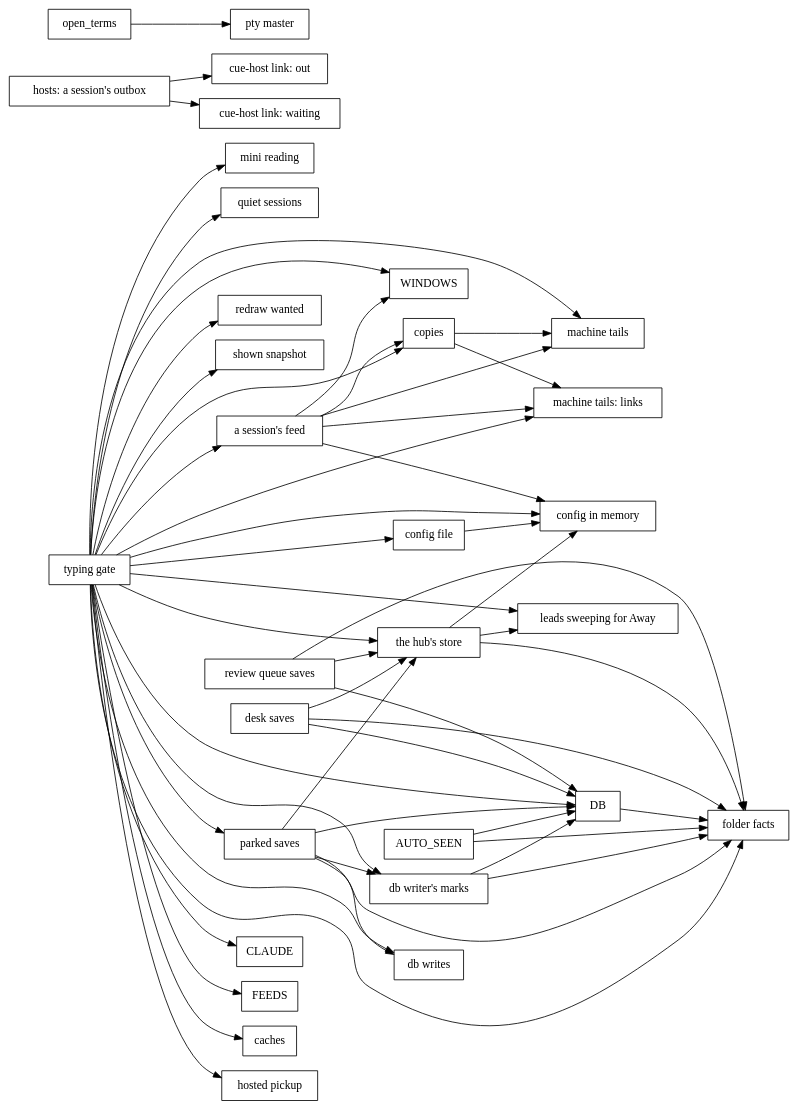
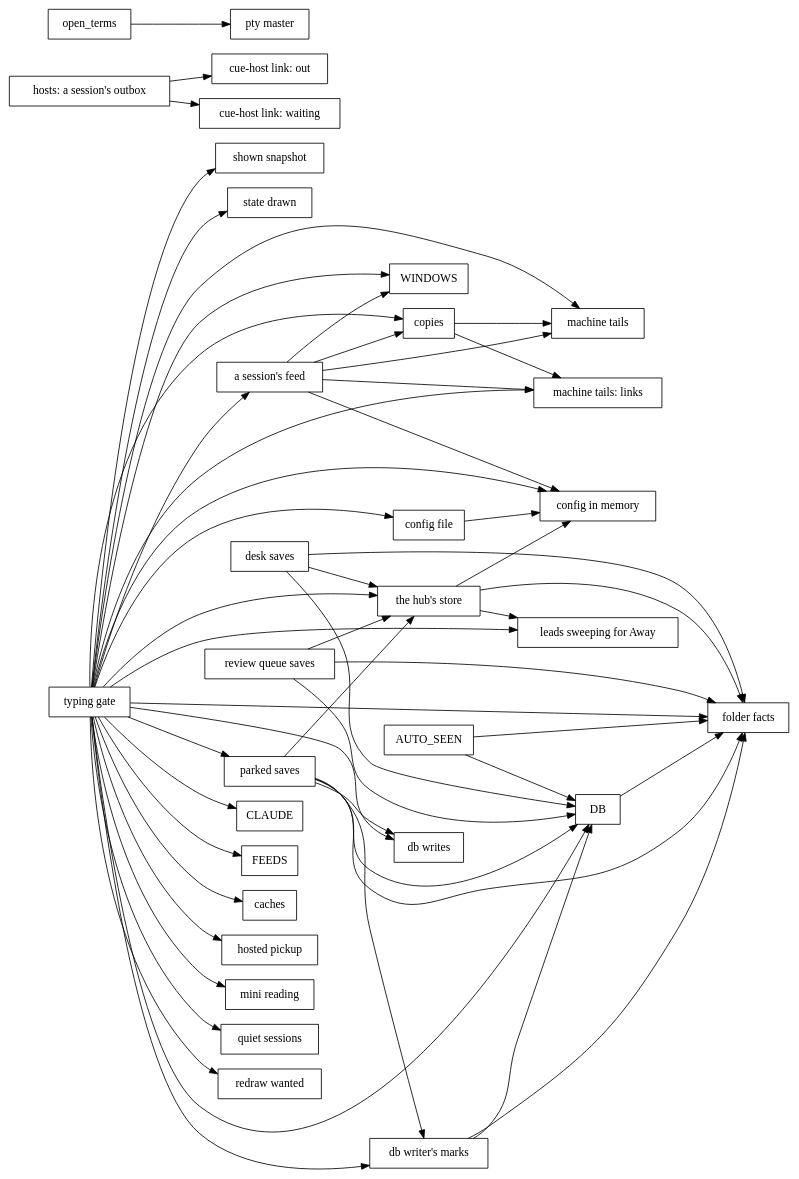
The diagram in docs/dev/lock-graph.dot (spacegrowth/cue), drawn with Graphviz before and after one commit. The commit also changed 13 other files, not shown here.

```diff
--- a/docs/dev/lock-graph.dot
+++ b/docs/dev/lock-graph.dot
@@ -1,57 +1,58 @@
 // Generated by `cargo run -p xtask -- inventory`; don't edit by hand.
 digraph locks {
   rankdir=LR;
   node [shape=box];
   "AUTO_SEEN" -> "DB";
   "AUTO_SEEN" -> "folder facts";
   "DB" -> "folder facts";
   "a session's feed" -> "WINDOWS";
   "a session's feed" -> "config in memory";
   "a session's feed" -> "copies";
   "a session's feed" -> "machine tails";
   "a session's feed" -> "machine tails: links";
   "config file" -> "config in memory";
   "copies" -> "machine tails";
   "copies" -> "machine tails: links";
   "db writer's marks" -> "DB";
   "db writer's marks" -> "folder facts";
   "desk saves" -> "DB";
   "desk saves" -> "folder facts";
   "desk saves" -> "the hub's store";
   "hosts: a session's outbox" -> "cue-host link: out";
   "hosts: a session's outbox" -> "cue-host link: waiting";
   "open_terms" -> "pty master";
   "parked saves" -> "DB";
   "parked saves" -> "db writer's marks";
   "parked saves" -> "db writes";
   "parked saves" -> "folder facts";
   "parked saves" -> "the hub's store";
   "review queue saves" -> "DB";
   "review queue saves" -> "folder facts";
   "review queue saves" -> "the hub's store";
   "the hub's store" -> "config in memory";
   "the hub's store" -> "folder facts";
   "the hub's store" -> "leads sweeping for Away";
   "typing gate" -> "CLAUDE";
   "typing gate" -> "DB";
   "typing gate" -> "FEEDS";
   "typing gate" -> "WINDOWS";
   "typing gate" -> "a session's feed";
   "typing gate" -> "caches";
   "typing gate" -> "config file";
   "typing gate" -> "config in memory";
   "typing gate" -> "copies";
   "typing gate" -> "db writer's marks";
   "typing gate" -> "db writes";
   "typing gate" -> "folder facts";
   "typing gate" -> "hosted pickup";
   "typing gate" -> "leads sweeping for Away";
   "typing gate" -> "machine tails";
   "typing gate" -> "machine tails: links";
   "typing gate" -> "mini reading";
   "typing gate" -> "parked saves";
   "typing gate" -> "quiet sessions";
   "typing gate" -> "redraw wanted";
   "typing gate" -> "shown snapshot";
+  "typing gate" -> "state drawn";
   "typing gate" -> "the hub's store";
 }
```
